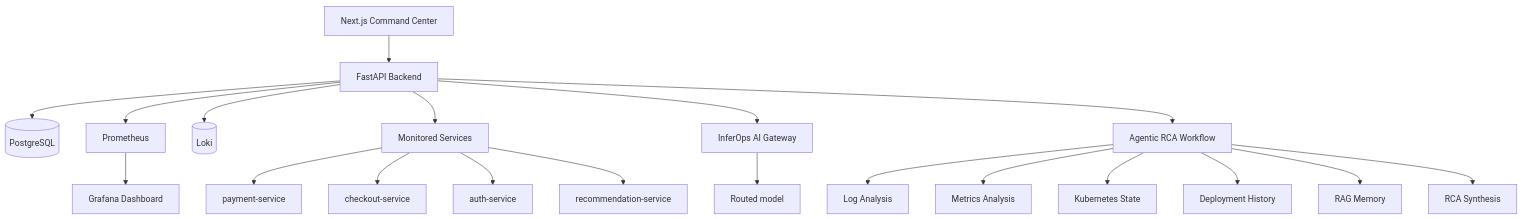
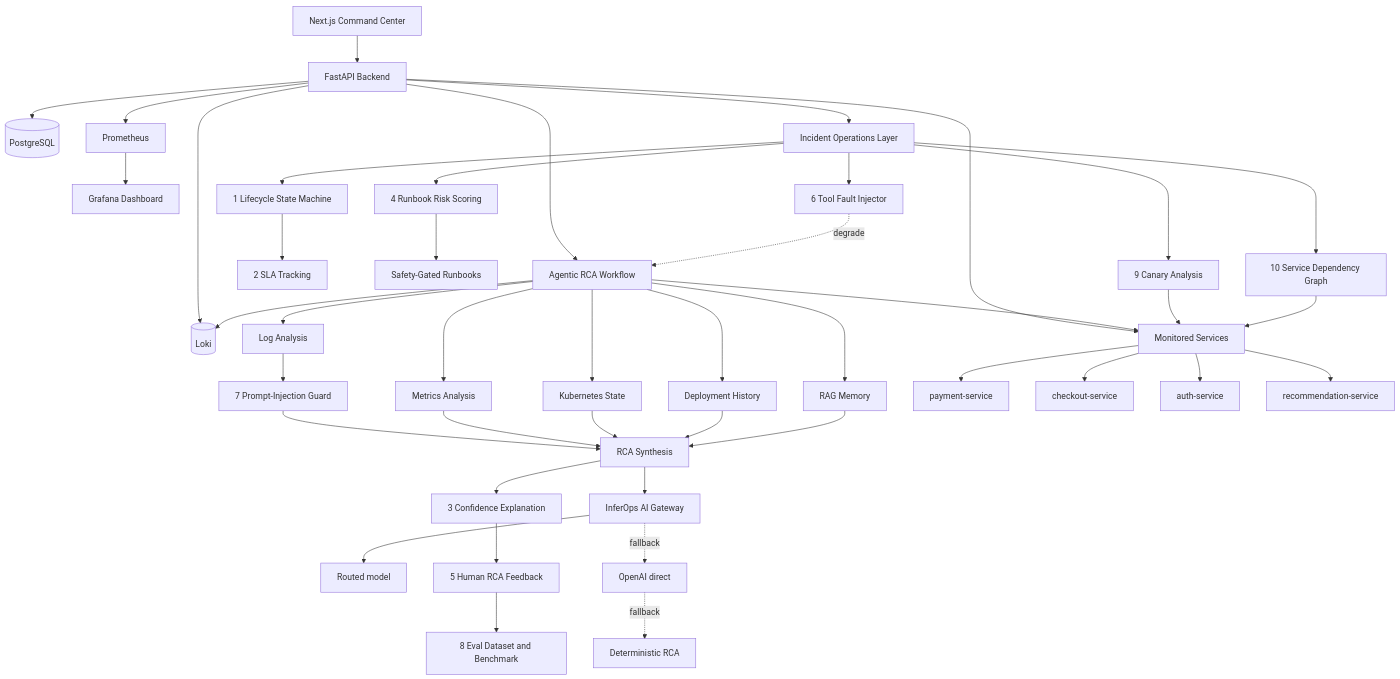
The diagram in README.md (sandipanseal/AegisOps-AI), drawn with Mermaid before and after one commit. The commit also changed other lines of this file and 63 other files, not shown here.

First line of the commit message:
feat: add lifecycle, RCA feedback, runbook risk, SLA panels and related API types

````diff
--- a/README.md
+++ b/README.md
@@ -143,25 +207,55 @@
 ```mermaid
 flowchart TD
   UI[Next.js Command Center] --> API[FastAPI Backend]
+
+  %% Persistence and observability
   API --> DB[(PostgreSQL)]
   API --> P[Prometheus]
   API --> Loki[(Loki)]
-  API --> SVC[Monitored Services]
-  API --> INF[InferOps AI Gateway]
-  INF --> LLM[Routed model]
+  P --> Grafana[Grafana Dashboard]
 
-  SVC --> Payment[payment-service]
-  SVC --> Checkout[checkout-service]
-  SVC --> Auth[auth-service]
-  SVC --> Reco[recommendation-service]
-
+  %% Agentic RCA workflow
   API --> Agents[Agentic RCA Workflow]
   Agents --> LogAgent[Log Analysis]
   Agents --> MetricsAgent[Metrics Analysis]
   Agents --> K8sAgent[Kubernetes State]
   Agents --> DeployAgent[Deployment History]
   Agents --> RagAgent[RAG Memory]
-  Agents --> RCAAgent[RCA Synthesis]
+  LogAgent --> Guard[7 Prompt-Injection Guard]
+  Guard --> RCAAgent[RCA Synthesis]
+  MetricsAgent --> RCAAgent
+  K8sAgent --> RCAAgent
+  DeployAgent --> RCAAgent
+  RagAgent --> RCAAgent
+  RCAAgent --> Conf[3 Confidence Explanation]
 
-  P --> Grafana[Grafana Dashboard]
+  %% Model routing with graceful fallback
+  RCAAgent --> INF[InferOps AI Gateway]
+  INF --> LLM[Routed model]
+  INF -. fallback .-> OpenAI[OpenAI direct]
+  OpenAI -. fallback .-> Det[Deterministic RCA]
+
+  %% Incident operations and reliability layer
+  API --> Ops[Incident Operations Layer]
+  Ops --> Life[1 Lifecycle State Machine]
+  Life --> SLA[2 SLA Tracking]
+  Ops --> Risk[4 Runbook Risk Scoring]
+  Risk --> Safety[Safety-Gated Runbooks]
+  Conf --> Feedback[5 Human RCA Feedback]
+  Feedback --> Eval[8 Eval Dataset and Benchmark]
+  Ops --> Canary[9 Canary Analysis]
+  Ops --> Graph[10 Service Dependency Graph]
+  Ops --> Faults[6 Tool Fault Injector]
+  Faults -. degrade .-> Agents
+
+  %% Monitored services
+  API --> SVC[Monitored Services]
+  Agents --> SVC
+  Agents --> Loki
+  Canary --> SVC
+  Graph --> SVC
+  SVC --> Payment[payment-service]
+  SVC --> Checkout[checkout-service]
+  SVC --> Auth[auth-service]
+  SVC --> Reco[recommendation-service]
 ```
````
